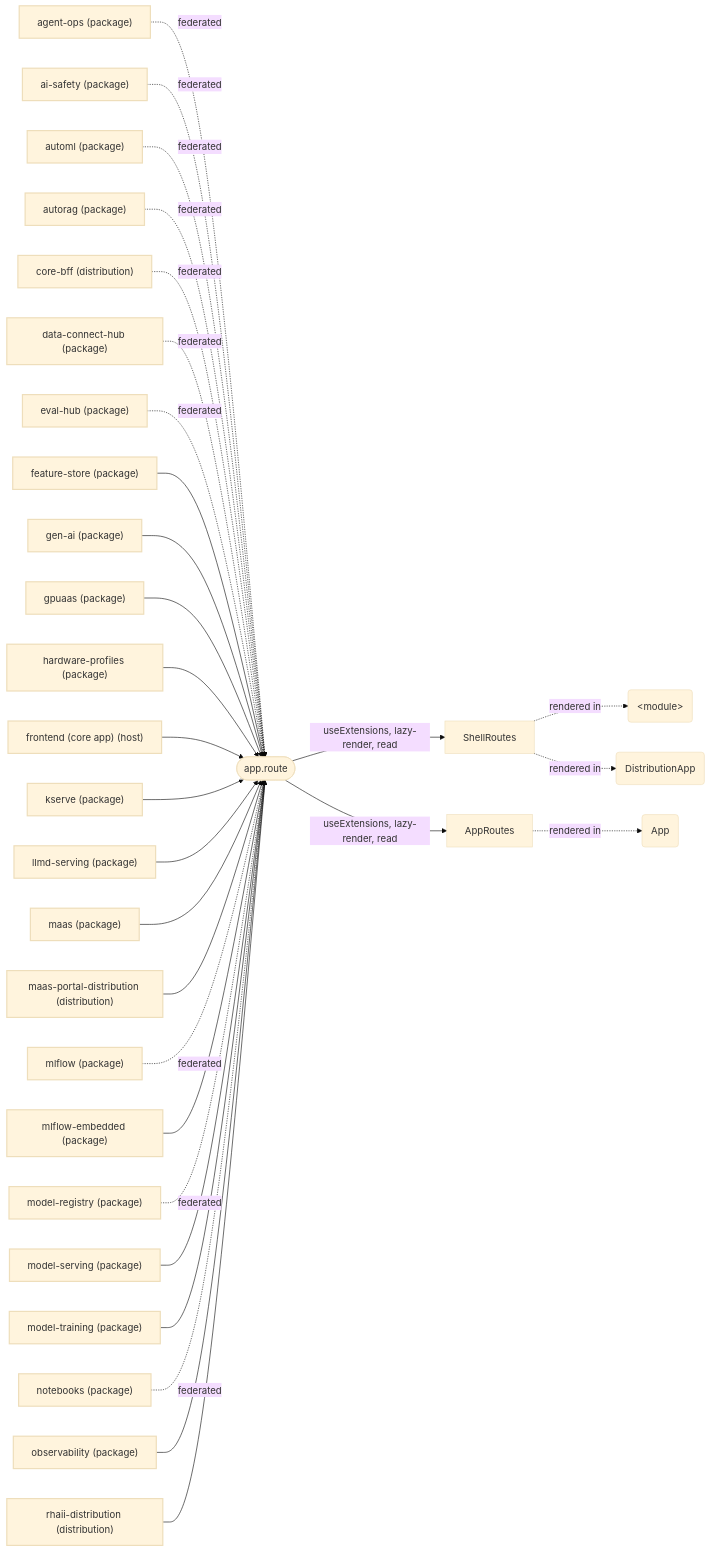
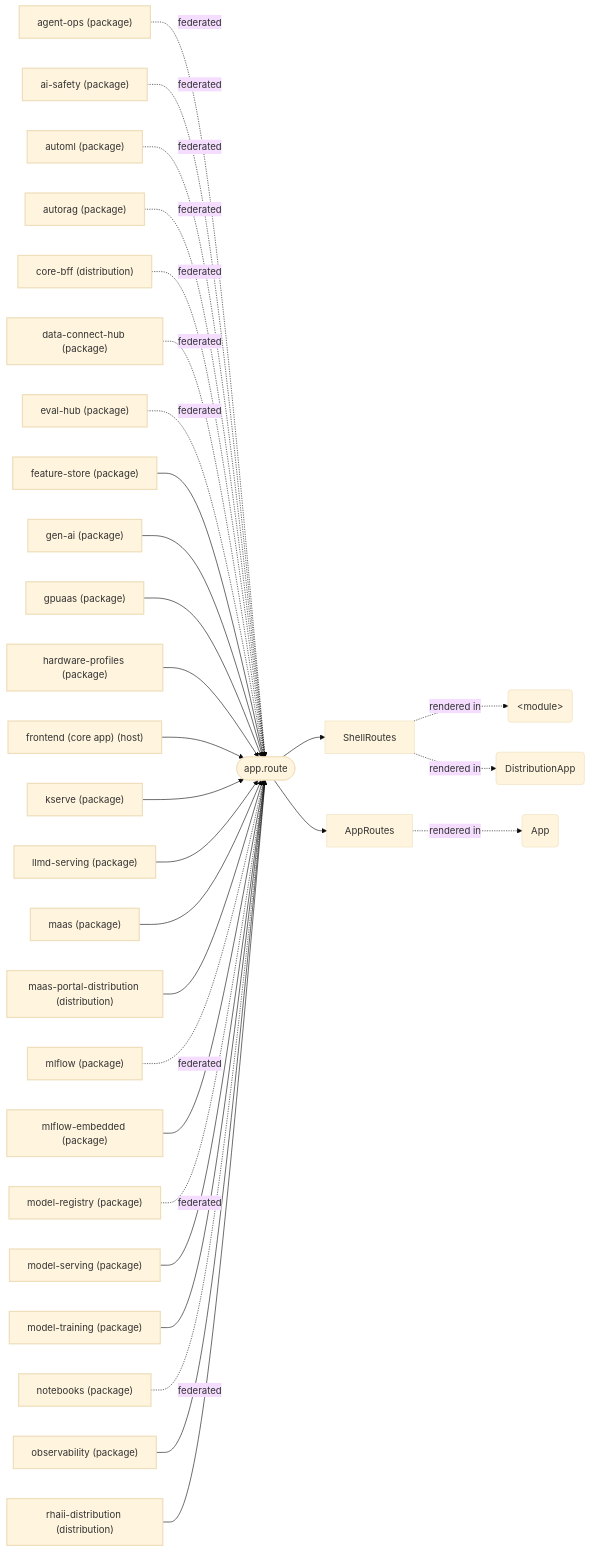
Before and after one commit to mturley/odh-dashboard: the ninth of 16 diagrams in packages/plugin-core/docs/extensions.md, drawn with Mermaid (base theme). The commit also changed other lines of this file and 28 other files, not shown here.

````diff
--- a/packages/plugin-core/docs/extensions.md
+++ b/packages/plugin-core/docs/extensions.md
@@ -913,64 +804,64 @@
 ```mermaid
 flowchart LR
   classDef pkg stroke-width:2px
   classDef point stroke-width:1px
   n_pkg__odh_dashboard_agent_ops_64201e["agent-ops (package)"]:::pkg
   n_pkg__odh_dashboard_ai_safety_7fe101["ai-safety (package)"]:::pkg
   n_pkg__odh_dashboard_automl_28eb04["automl (package)"]:::pkg
   n_pkg__odh_dashboard_autorag_fc0d99["autorag (package)"]:::pkg
   n_pkg__odh_dashboard_core_bff_09a36a["core-bff (distribution)"]:::pkg
   n_pkg__odh_dashboard_data_connect_hub_02c9b3["data-connect-hub (package)"]:::pkg
   n_pkg__odh_dashboard_eval_hub_277a4a["eval-hub (package)"]:::pkg
   n_pkg__odh_dashboard_feature_store_007774["feature-store (package)"]:::pkg
   n_pkg__odh_dashboard_gen_ai_f11571["gen-ai (package)"]:::pkg
   n_pkg__odh_dashboard_gpuaas_2769c7["gpuaas (package)"]:::pkg
   n_pkg__odh_dashboard_hardware_profiles_48b483["hardware-profiles (package)"]:::pkg
   n_pkg__odh_dashboard_internal_143c2f["frontend (core app) (host)"]:::pkg
   n_pkg__odh_dashboard_kserve_5ec96a["kserve (package)"]:::pkg
   n_pkg__odh_dashboard_llmd_serving_3e146e["llmd-serving (package)"]:::pkg
   n_pkg__odh_dashboard_maas_87d494["maas (package)"]:::pkg
   n_pkg__odh_dashboard_maas_portal_distribution_5c89ae["maas-portal-distribution (distribution)"]:::pkg
   n_pkg__odh_dashboard_mlflow_cae65f["mlflow (package)"]:::pkg
   n_pkg__odh_dashboard_mlflow_embedded_412d14["mlflow-embedded (package)"]:::pkg
   n_pkg__odh_dashboard_model_registry_1fc815["model-registry (package)"]:::pkg
   n_pkg__odh_dashboard_model_serving_d0bfea["model-serving (package)"]:::pkg
   n_pkg__odh_dashboard_model_training_ee058c["model-training (package)"]:::pkg
   n_pkg__odh_dashboard_notebooks_458f10["notebooks (package)"]:::pkg
   n_pkg__odh_dashboard_observability_38a333["observability (package)"]:::pkg
   n_pkg__odh_dashboard_rhaii_distribution_c06492["rhaii-distribution (distribution)"]:::pkg
   n_app_route_2735df(["app.route"]):::point
   n_pkg__odh_dashboard_agent_ops_64201e -. "federated" .-> n_app_route_2735df
   n_pkg__odh_dashboard_ai_safety_7fe101 -. "federated" .-> n_app_route_2735df
   n_pkg__odh_dashboard_automl_28eb04 -. "federated" .-> n_app_route_2735df
   n_pkg__odh_dashboard_autorag_fc0d99 -. "federated" .-> n_app_route_2735df
   n_pkg__odh_dashboard_core_bff_09a36a -. "federated" .-> n_app_route_2735df
   n_pkg__odh_dashboard_data_connect_hub_02c9b3 -. "federated" .-> n_app_route_2735df
   n_pkg__odh_dashboard_eval_hub_277a4a -. "federated" .-> n_app_route_2735df
   n_pkg__odh_dashboard_feature_store_007774 --> n_app_route_2735df
   n_pkg__odh_dashboard_gen_ai_f11571 --> n_app_route_2735df
   n_pkg__odh_dashboard_gpuaas_2769c7 --> n_app_route_2735df
   n_pkg__odh_dashboard_hardware_profiles_48b483 --> n_app_route_2735df
   n_pkg__odh_dashboard_internal_143c2f --> n_app_route_2735df
   n_pkg__odh_dashboard_kserve_5ec96a --> n_app_route_2735df
   n_pkg__odh_dashboard_llmd_serving_3e146e --> n_app_route_2735df
   n_pkg__odh_dashboard_maas_87d494 --> n_app_route_2735df
   n_pkg__odh_dashboard_maas_portal_distribution_5c89ae --> n_app_route_2735df
   n_pkg__odh_dashboard_mlflow_cae65f -. "federated" .-> n_app_route_2735df
   n_pkg__odh_dashboard_mlflow_embedded_412d14 --> n_app_route_2735df
   n_pkg__odh_dashboard_model_registry_1fc815 -. "federated" .-> n_app_route_2735df
   n_pkg__odh_dashboard_model_serving_d0bfea --> n_app_route_2735df
   n_pkg__odh_dashboard_model_training_ee058c --> n_app_route_2735df
   n_pkg__odh_dashboard_notebooks_458f10 -. "federated" .-> n_app_route_2735df
   n_pkg__odh_dashboard_observability_38a333 --> n_app_route_2735df
   n_pkg__odh_dashboard_rhaii_distribution_c06492 --> n_app_route_2735df
   n_symbol_distributions_base_src_ShellRoutes_tsx_ShellRoutes_82f0a0["ShellRoutes"]
-  n_app_route_2735df -- "useExtensions, lazy-render, read" --> n_symbol_distributions_base_src_ShellRoutes_tsx_ShellRoutes_82f0a0
+  n_app_route_2735df --> n_symbol_distributions_base_src_ShellRoutes_tsx_ShellRoutes_82f0a0
   n_symbol_frontend_src_app_AppRoutes_tsx_AppRoutes_2da7a1["AppRoutes"]
-  n_app_route_2735df -- "useExtensions, lazy-render, read" --> n_symbol_frontend_src_app_AppRoutes_tsx_AppRoutes_2da7a1
+  n_app_route_2735df --> n_symbol_frontend_src_app_AppRoutes_tsx_AppRoutes_2da7a1
   n_symbol_distributions_base_src_bootstrap_tsx__module__846cb0("#lt;module#gt;")
   n_symbol_distributions_base_src_createDistribution_tsx_DistributionApp_e5fabf("DistributionApp")
   n_symbol_frontend_src_app_App_tsx_App_bc56cd("App")
   n_symbol_distributions_base_src_ShellRoutes_tsx_ShellRoutes_82f0a0 -. "rendered in" .-> n_symbol_distributions_base_src_bootstrap_tsx__module__846cb0
   n_symbol_distributions_base_src_ShellRoutes_tsx_ShellRoutes_82f0a0 -. "rendered in" .-> n_symbol_distributions_base_src_createDistribution_tsx_DistributionApp_e5fabf
   n_symbol_frontend_src_app_AppRoutes_tsx_AppRoutes_2da7a1 -. "rendered in" .-> n_symbol_frontend_src_app_App_tsx_App_bc56cd
 ```
````
